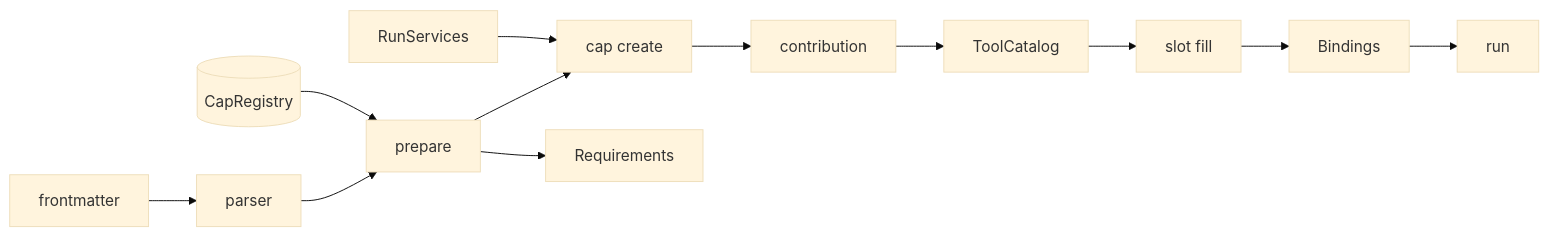
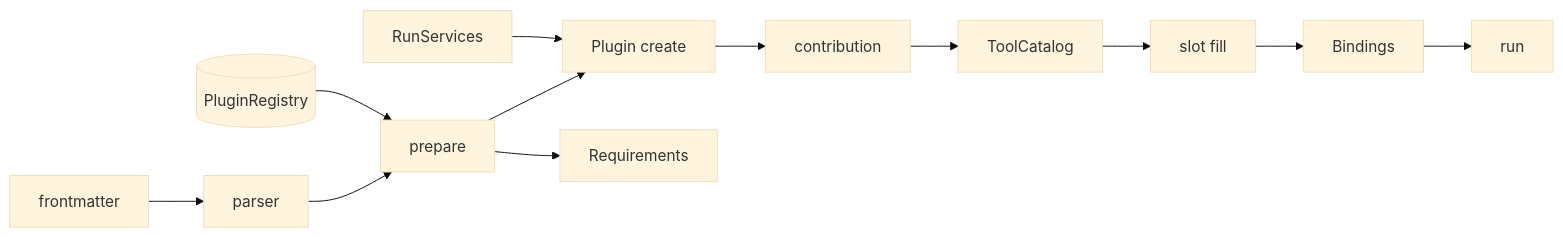
One commit to cppalliance/promptforge changed the diagram in vibe/2026-09/2026-09-13-1-capabilities-global-naming.md. Above: the diagram before and after it, drawn with Mermaid (base theme). The commit also changed other lines of this file and 42 other files, not shown here.

````diff
--- a/vibe/2026-09/2026-09-13-1-capabilities-global-naming.md
+++ b/vibe/2026-09/2026-09-13-1-capabilities-global-naming.md
@@ -176,14 +176,14 @@
 ```mermaid
 flowchart LR
     FM[frontmatter] --> Parse[parser]
     Parse --> Prepare[prepare]
-    Registry[(CapRegistry)] --> Prepare
-    Prepare --> Create[cap create]
+    Registry[(PluginRegistry)] --> Prepare
+    Prepare --> Create[Plugin create]
     Services[RunServices] --> Create
     Create --> Contrib[contribution]
     Contrib --> Catalog[ToolCatalog]
     Catalog --> Fill[slot fill]
     Prepare --> Req[Requirements]
     Fill --> Bindings[Bindings]
     Bindings --> Run[run]
 ```
````
